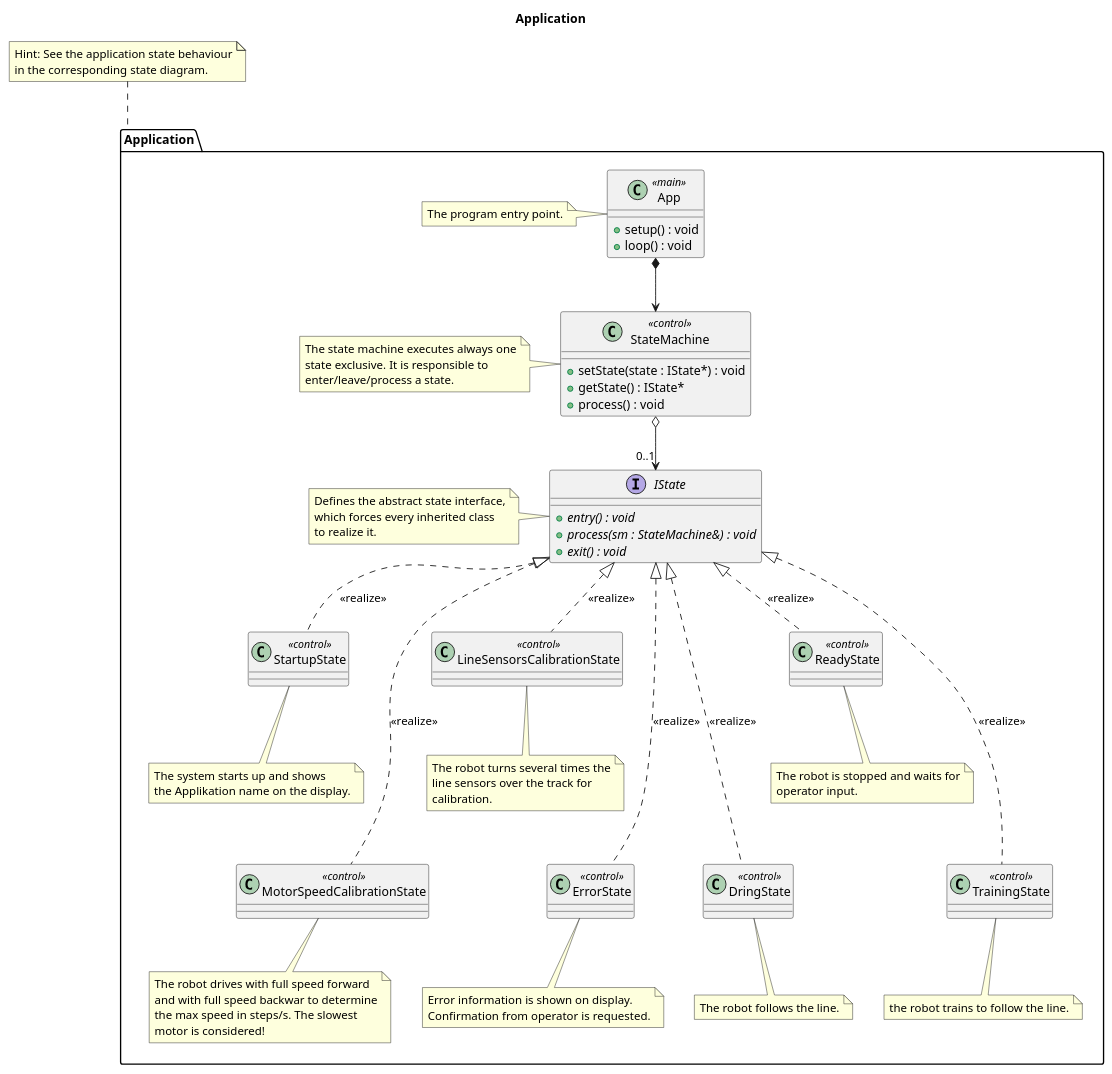
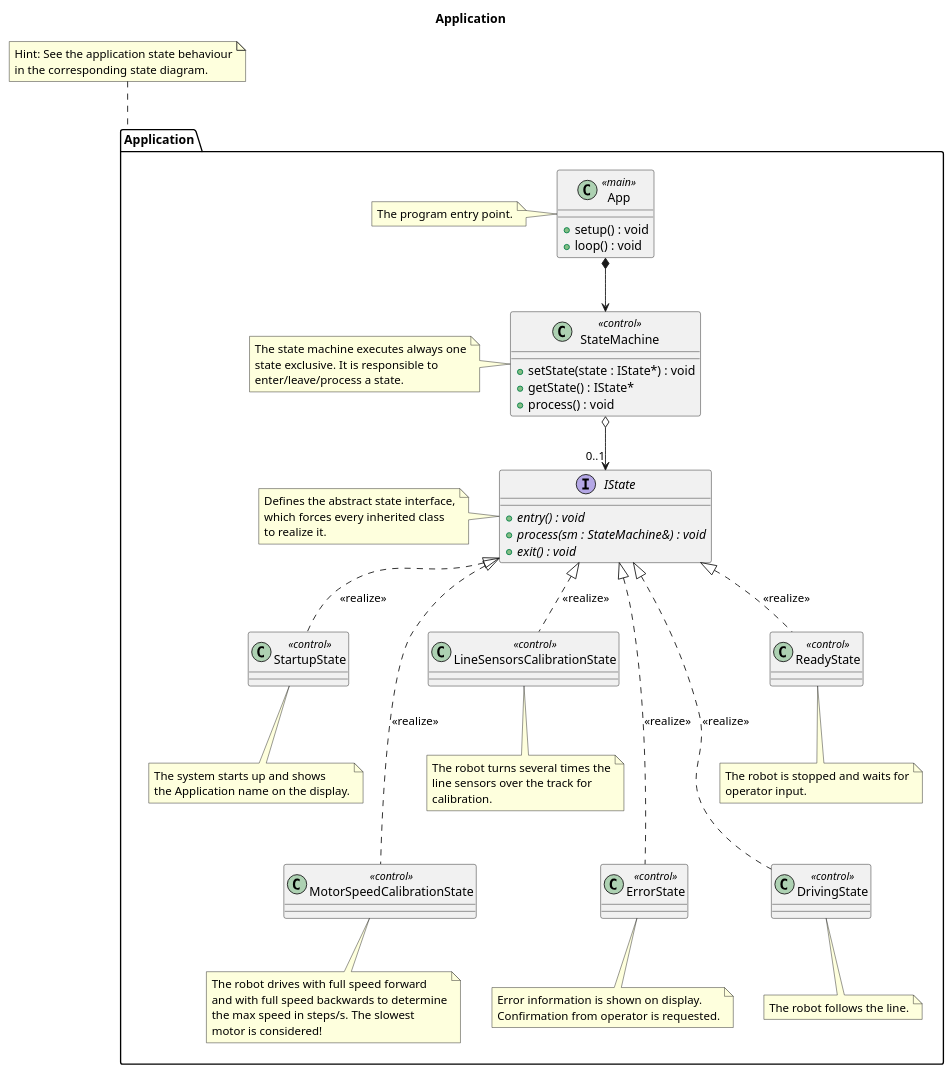
The diagram in doc/architecture/uml/LogicalView/ReinforcementLearning/Application.plantuml (BlueAndi/RadonUlzer), drawn with PlantUML before and after one commit. The commit also changed 4 other files, not shown here.

Commit message:
Removing the training status from the application architecture and correcting the spelling

```diff
--- a/doc/architecture/uml/LogicalView/ReinforcementLearning/Application.plantuml
+++ b/doc/architecture/uml/LogicalView/ReinforcementLearning/Application.plantuml
@@ -1,103 +1,96 @@
 @startuml
 
 title Application
 
 package "Application" as appLayer {
 
     class App <<main>> {
         + setup() : void
         + loop() : void
     }
 
     note left of App
         The program entry point.
     end note
 
     class StateMachine <<control>> {
         + setState(state : IState*) : void
         + getState() : IState*
         + process() : void
     }
 
     note left of StateMachine
         The state machine executes always one
         state exclusive. It is responsible to
         enter/leave/process a state.
     end note
 
     interface IState {
         + {abstract} entry() : void
         + {abstract} process(sm : StateMachine&) : void
         + {abstract} exit() : void
     }
 
     note left of IState
         Defines the abstract state interface,
         which forces every inherited class
         to realize it.
     end note
 
     class StartupState <<control>>
     class MotorSpeedCalibrationState <<control>>
     class LineSensorsCalibrationState <<control>>
     class ErrorState <<control>>
-    class DringState <<control>>
+    class DrivingState <<control>>
     class ReadyState <<control>>
-    class TrainingState <<control>>
 
     note bottom of StartupState
         The system starts up and shows
-        the Applikation name on the display.
+        the Application name on the display.
     end note
 
     note bottom of MotorSpeedCalibrationState
         The robot drives with full speed forward
-        and with full speed backwar to determine
+        and with full speed backwards to determine
         the max speed in steps/s. The slowest
         motor is considered!
     end note
 
     note bottom of LineSensorsCalibrationState
         The robot turns several times the
         line sensors over the track for
         calibration.
     end note
 
     note bottom of ErrorState
         Error information is shown on display.
         Confirmation from operator is requested.
     end note
 
-    note bottom of DringState
+    note bottom of DrivingState
         The robot follows the line.
     end note
 
     note bottom of ReadyState
         The robot is stopped and waits for
         operator input.
-    end note
-
-    note bottom of TrainingState
-       the robot trains to follow the line.
     end note
 }
 
 note top of  appLayer
     Hint: See the application state behaviour
     in the corresponding state diagram.
 end note
 
 App *--> StateMachine
-
 StateMachine o--> "0..1" IState
 
 IState <|.. StartupState: <<realize>>
 IState <|.... MotorSpeedCalibrationState: <<realize>>
 IState <|.. LineSensorsCalibrationState: <<realize>>
 IState <|.... ErrorState: <<realize>>
 IState <|.. ReadyState: <<realize>>
-IState <|.... TrainingState: <<realize>>
-IState <|.... DringState: <<realize>>
+IState <|.... DrivingState: <<realize>>
 
 
 @enduml
```
